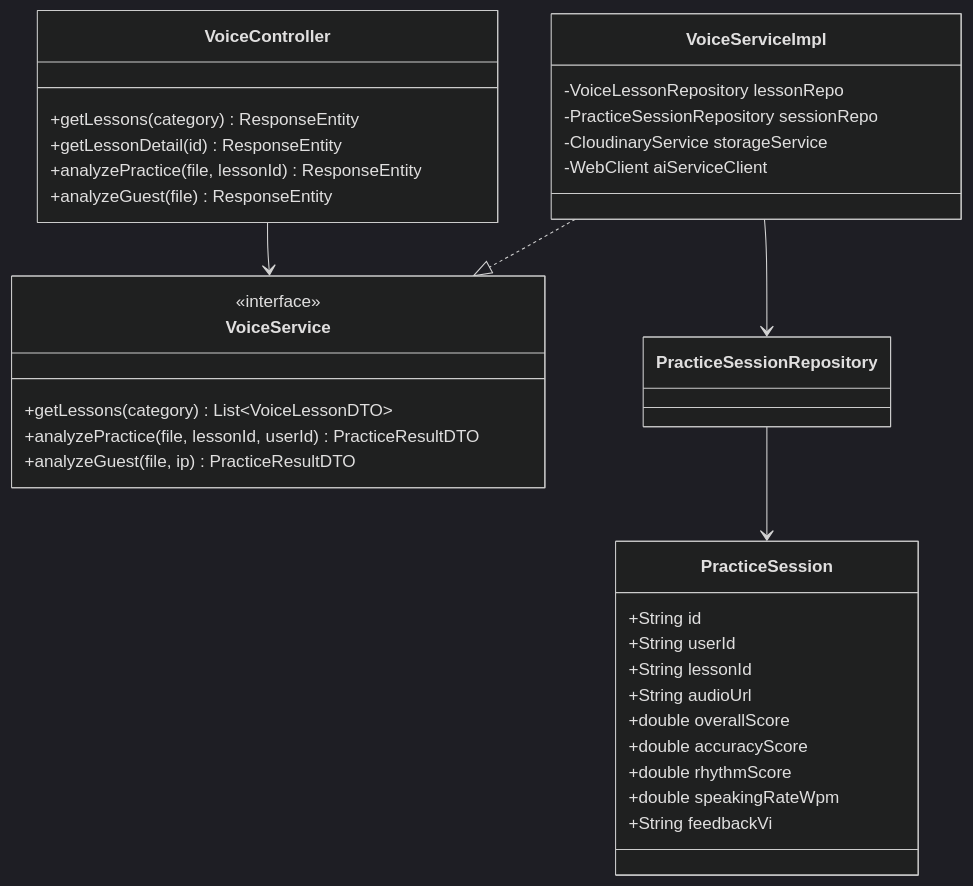
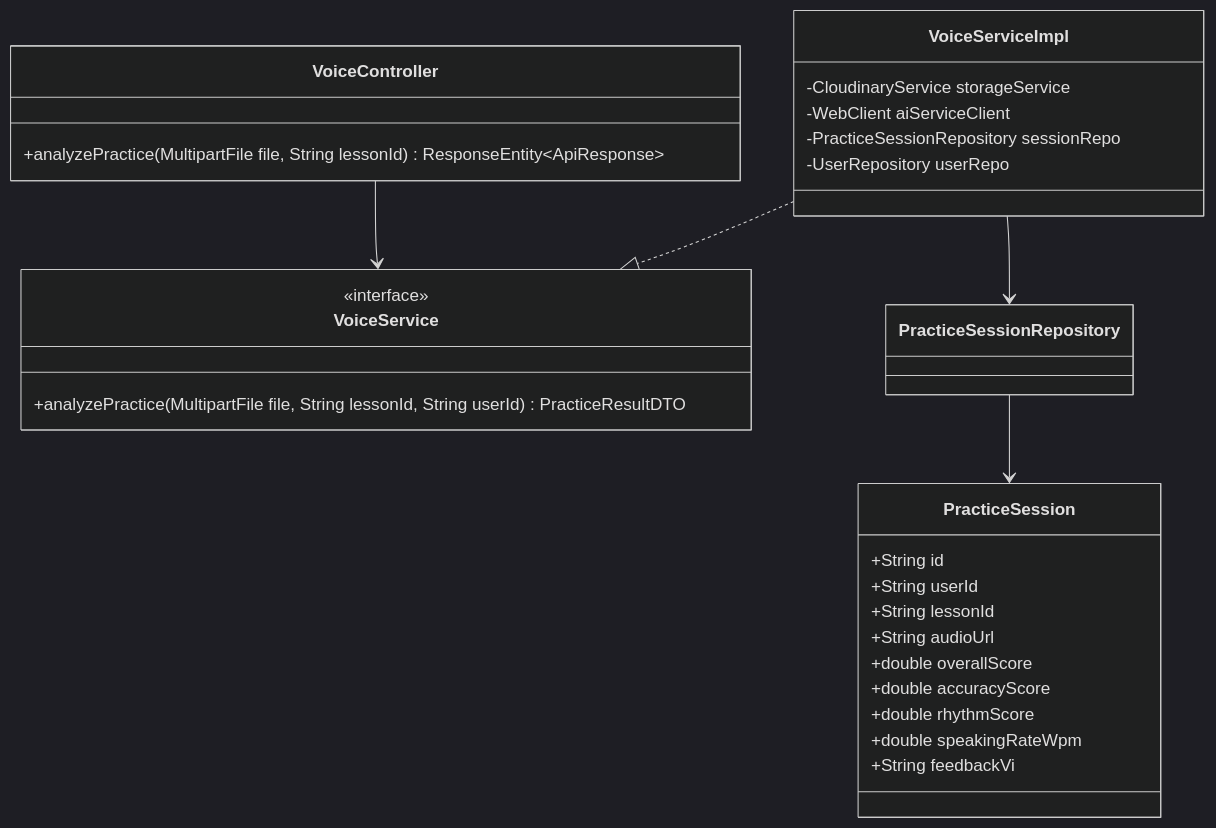
Before and after one commit to The-MC-Hub/MC_Voice_Training_Backend: the third of 10 diagrams in docs/use-cases/UC-03-voice-training.md, drawn with Mermaid (dark theme). The commit also changed other lines of this file and 12 other files, not shown here.

Commit message:
docs(use-cases): fully expand all sub-use-cases across all 13 UC files with dedicated Class Diagrams, Sequence Diagrams, and Unit Tests

````diff
--- a/docs/use-cases/UC-03-voice-training.md
+++ b/docs/use-cases/UC-03-voice-training.md
@@ -28,40 +62,31 @@
 ```mermaid
 classDiagram
     class VoiceController {
-        +getLessons(category) ResponseEntity
-        +getLessonDetail(id) ResponseEntity
-        +analyzePractice(file, lessonId) ResponseEntity
-        +analyzeGuest(file) ResponseEntity
+        +analyzePractice(MultipartFile file, String lessonId) ResponseEntity~ApiResponse~
     }
-
     class VoiceService {
         <<interface>>
-        +getLessons(category) List~VoiceLessonDTO~
-        +analyzePractice(file, lessonId, userId) PracticeResultDTO
-        +analyzeGuest(file, ip) PracticeResultDTO
+        +analyzePractice(MultipartFile file, String lessonId, String userId) PracticeResultDTO
     }
-
     class VoiceServiceImpl {
-        -VoiceLessonRepository lessonRepo
-        -PracticeSessionRepository sessionRepo
         -CloudinaryService storageService
         -WebClient aiServiceClient
+        -PracticeSessionRepository sessionRepo
+        -UserRepository userRepo
     }
-
     class PracticeSession {
         +String id
         +String userId
         +String lessonId
         +String audioUrl
         +double overallScore
         +double accuracyScore
         +double rhythmScore
         +double speakingRateWpm
         +String feedbackVi
     }
-
     VoiceController --> VoiceService
     VoiceServiceImpl ..|> VoiceService
     VoiceServiceImpl --> PracticeSessionRepository
     PracticeSessionRepository --> PracticeSession
 ```
````
